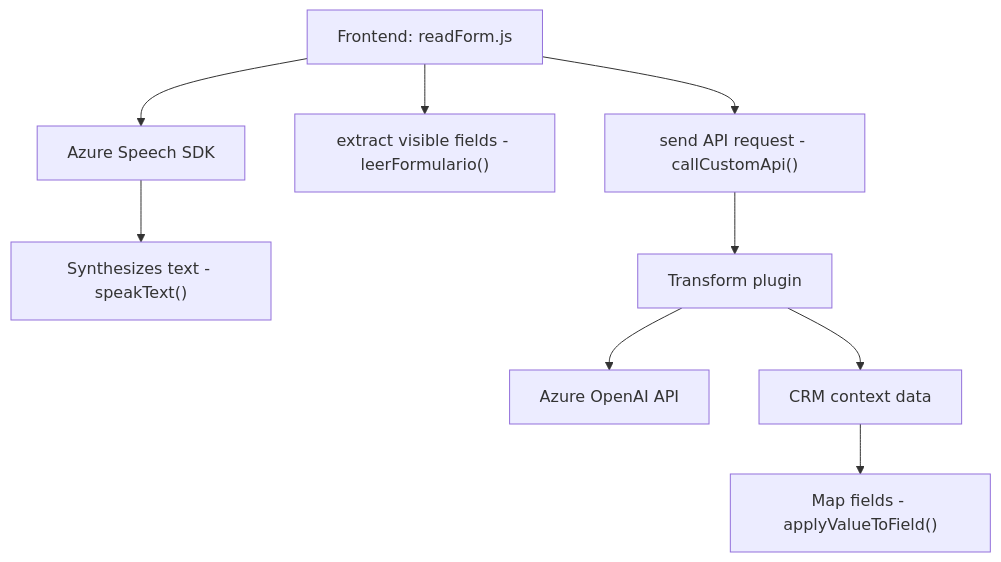
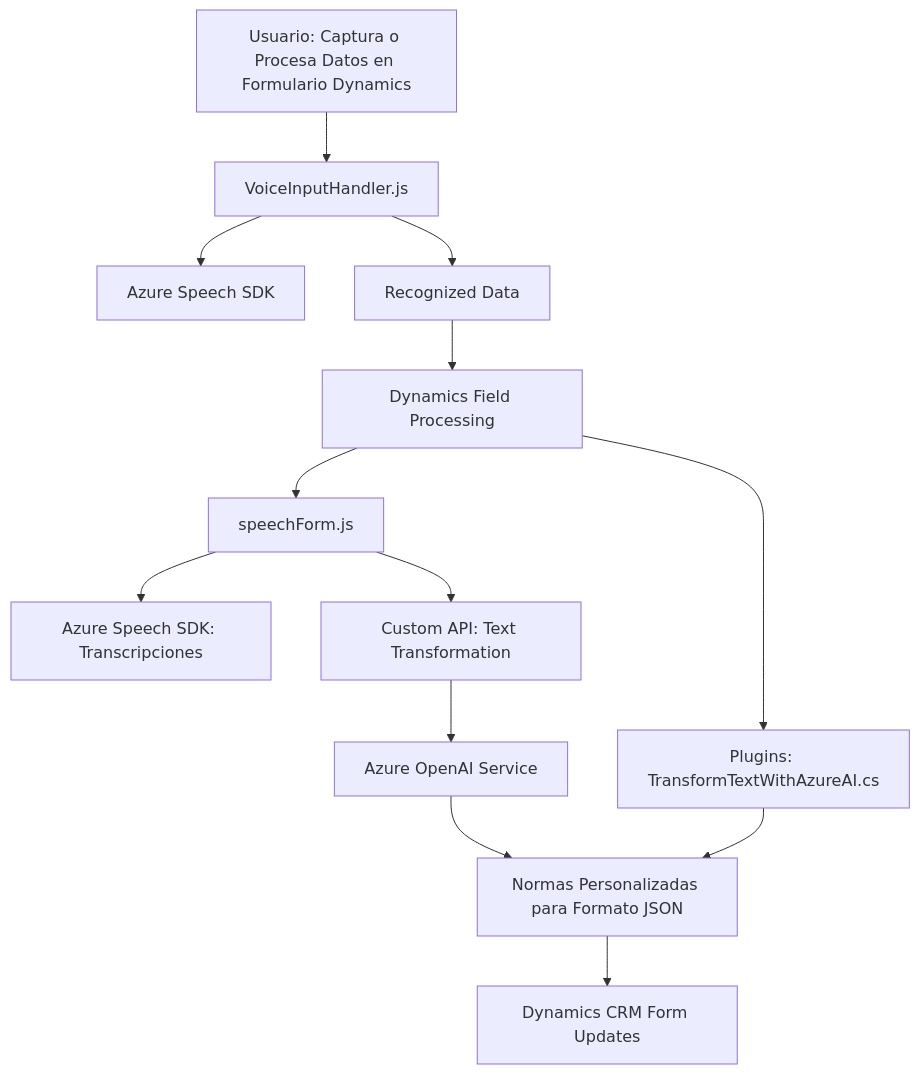
Before and after one commit to blopezdm/NETCORE_BILBAO2025: the diagram in README.md, drawn with Mermaid. The commit also changed other lines of this file, not shown here.

````diff
--- a/README.md
+++ b/README.md
@@ -51,12 +40,15 @@
 ```mermaid
 graph TD
-    A["Frontend: readForm.js"] --> B["Azure Speech SDK"]
-    A --> C["extract visible fields - leerFormulario()"]
-    B --> D["Synthesizes text - speakText()"]
-    A --> E["send API request - callCustomApi()"]
-    E --> G["Backend: Plugins/TransformTextWithAzureAI.cs"]
-
-    G["Transform plugin"] --> F["Azure OpenAI API"]
-    G --> H["CRM context data"]
-    H --> I["Map fields - applyValueToField()"]
+    A["Usuario: Captura o Procesa Datos en Formulario Dynamics"] --> B["VoiceInputHandler.js"]
+    B --> C["Azure Speech SDK"]
+    B --> D["Recognized Data"]
+    D --> E["Dynamics Field Processing"]
+    E --> F["speechForm.js"]
+    F --> G["Azure Speech SDK: Transcripciones"]
+    F --> H["Custom API: Text Transformation"]
+    H --> I["Azure OpenAI Service"]
+    I --> J["Normas Personalizadas para Formato JSON"]
+    E --> K["Plugins: TransformTextWithAzureAI.cs"]
+    K --> J
+    J --> L["Dynamics CRM Form Updates"]
 ```
````
